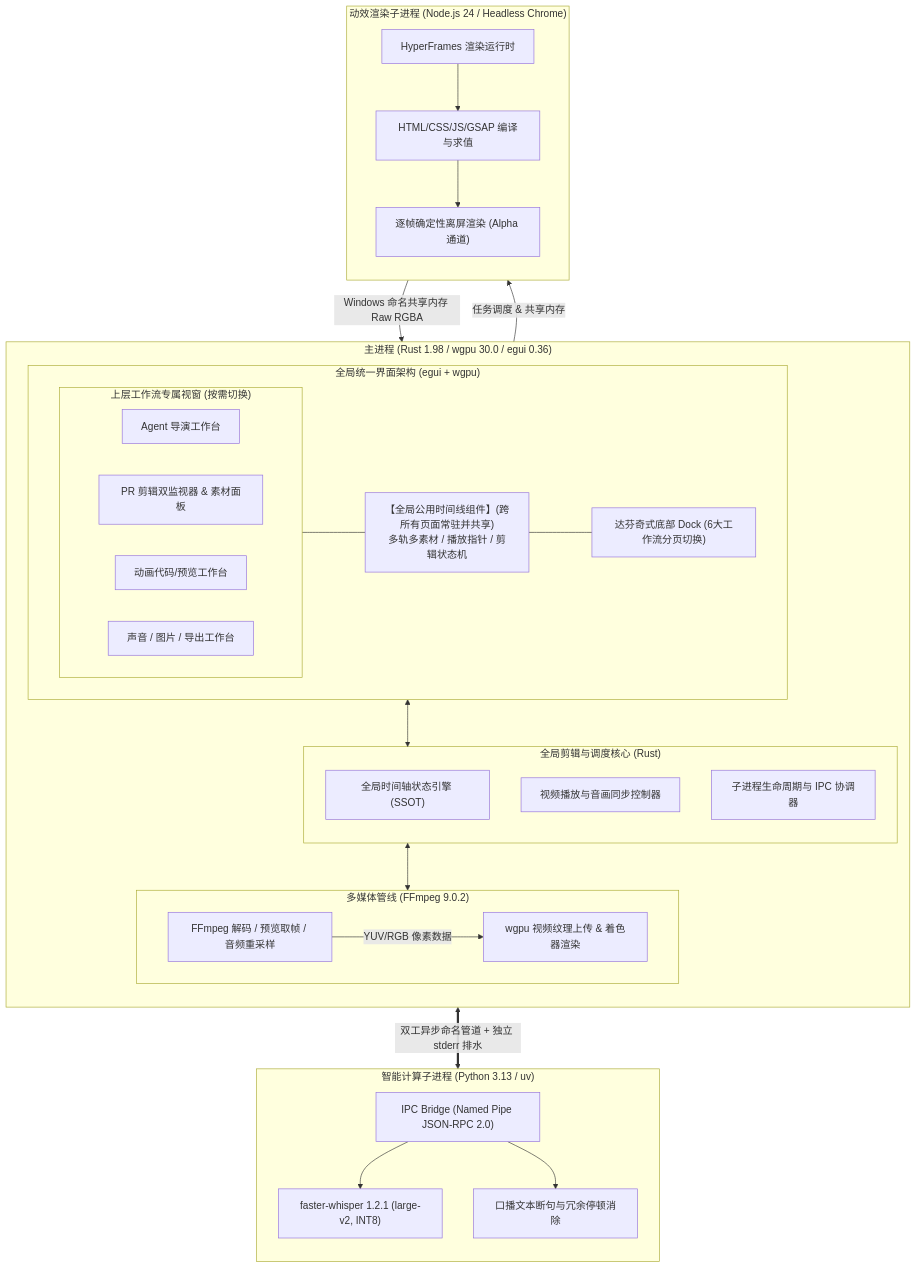
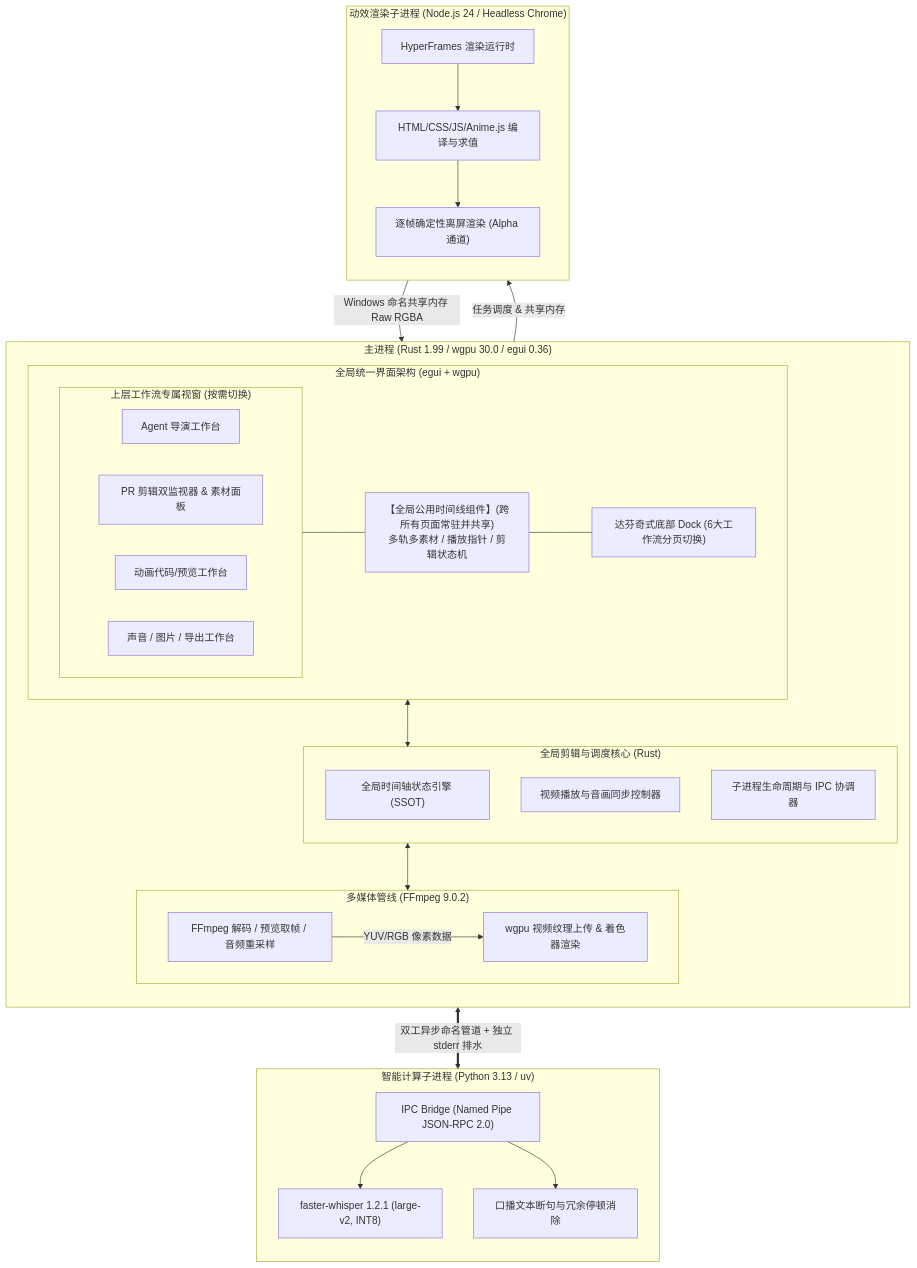
The diagram in docs/architecture.md (qiuku2022/ClipFlow), drawn with Mermaid before and after one commit. The commit also changed other lines of this file and 21 other files, not shown here.

````diff
--- a/docs/architecture.md
+++ b/docs/architecture.md
@@ -23,56 +23,56 @@
 ```mermaid
 flowchart TD
-    subgraph Host_Process ["主进程 (Rust 1.98 / wgpu 30.0 / egui 0.36)"]
+    subgraph Host_Process ["主进程 (Rust 1.99 / wgpu 30.0 / egui 0.36)"]
         direction TB
         subgraph Global_UI ["全局统一界面架构 (egui + wgpu)"]
             subgraph Pages_Container ["上层工作流专属视窗 (按需切换)"]
                 AgentUI["Agent 导演工作台"]
                 PR_UpperUI["PR 剪辑双监视器 & 素材面板"]
                 AnimUI["动画代码/预览工作台"]
                 OtherUI["声音 / 图片 / 导出工作台"]
             end
             
             SharedTimelineUI["【全局公用时间线组件】(跨所有页面常驻并共享)\n多轨多素材 / 播放指针 / 剪辑状态机"]
             DockBar["达芬奇式底部 Dock (6大工作流分页切换)"]
             
             Pages_Container --- SharedTimelineUI
             SharedTimelineUI --- DockBar
         end
 
         subgraph Core_Engine ["全局剪辑与调度核心 (Rust)"]
             TimelineEngine["全局时间轴状态引擎 (SSOT)"]
             PlaybackManager["视频播放与音画同步控制器"]
             SubprocessManager["子进程生命周期与 IPC 协调器"]
         end
 
         subgraph Media_Pipeline ["多媒体管线 (FFmpeg 9.0.2)"]
             FFmpegDecode["FFmpeg 解码 / 预览取帧 / 音频重采样"]
             wgpuTexture["wgpu 视频纹理上传 & 着色器渲染"]
             FFmpegDecode -->|YUV/RGB 像素数据| wgpuTexture
         end
 
         Global_UI <--> Core_Engine
         Core_Engine <--> Media_Pipeline
     end
 
     subgraph Python_Worker ["智能计算子进程 (Python 3.13 / uv)"]
         direction TB
         PyIPC["IPC Bridge (Named Pipe JSON-RPC 2.0)"]
         ASR_Engine["faster-whisper 1.2.1 (large-v2, INT8)"]
         SpeechCleaner["口播文本断句与冗余停顿消除"]
         PyIPC --> ASR_Engine
         PyIPC --> SpeechCleaner
     end
 
     subgraph HyperFrames_Worker ["动效渲染子进程 (Node.js 24 / Headless Chrome)"]
         direction TB
         HF_CLI["HyperFrames 渲染运行时"]
-        HF_Compiler["HTML/CSS/JS/GSAP 编译与求值"]
+        HF_Compiler["HTML/CSS/JS/Anime.js 编译与求值"]
         FrameCapture["逐帧确定性离屏渲染 (Alpha 通道)"]
         HF_CLI --> HF_Compiler --> FrameCapture
     end
 
     SubprocessManager <==>|双工异步命名管道 + 独立 stderr 排水| PyIPC
     SubprocessManager -->|任务调度 & 共享内存| HF_CLI
     FrameCapture -->|Windows 命名共享内存 Raw RGBA| Media_Pipeline
 ```
````
